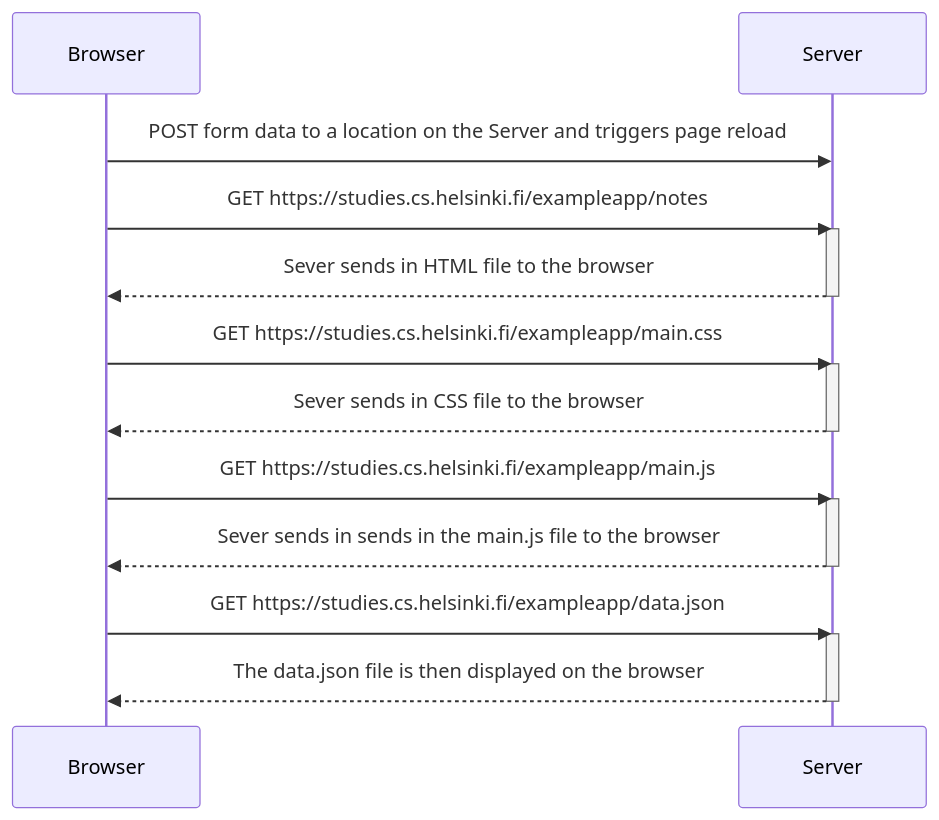
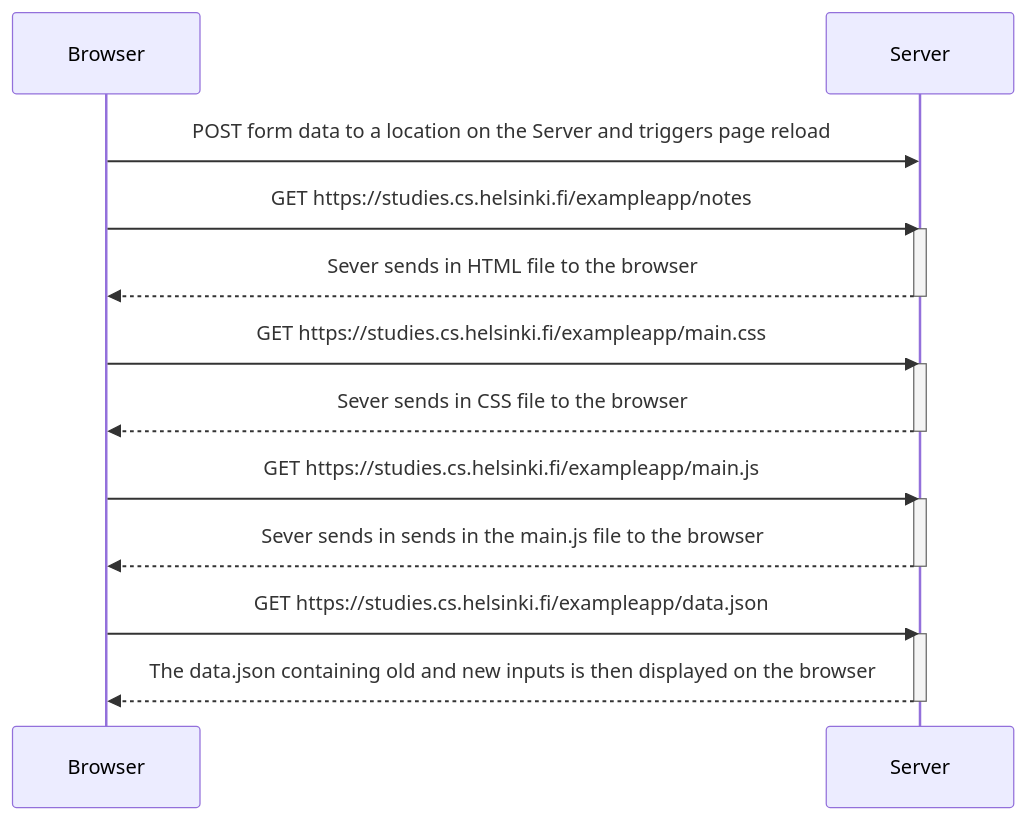
The diagram in Part0/0.4 - New note diagram.md (Abiodun-Sabitu/fsopen23), drawn with Mermaid before and after one commit.

````diff
--- a/Part0/0.4 - New note diagram.md
+++ b/Part0/0.4 - New note diagram.md
@@ -1,23 +1,23 @@
 ```mermaid
 sequenceDiagram
 participant A as Browser
 participant S as Server
 
 A ->> S: POST form data to a location on the Server and triggers page reload
 A ->> S: GET https://studies.cs.helsinki.fi/exampleapp/notes
 activate S
 S -->> A: Sever sends in HTML file to the browser
 deactivate S
 A ->> S: GET https://studies.cs.helsinki.fi/exampleapp/main.css
 activate S
 S -->> A: Sever sends in CSS file to the browser
 deactivate S
 A ->> S: GET https://studies.cs.helsinki.fi/exampleapp/main.js
 activate S
 S -->> A: Sever sends in sends in the main.js file to the browser
 deactivate S
 A ->> S: GET https://studies.cs.helsinki.fi/exampleapp/data.json
 activate S
-S -->> A: The data.json file is then displayed on the browser
+S -->> A: The data.json containing old and new inputs is then displayed on the browser
 deactivate S
 ```
````
